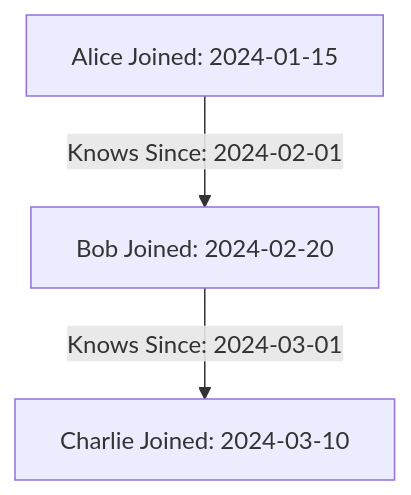
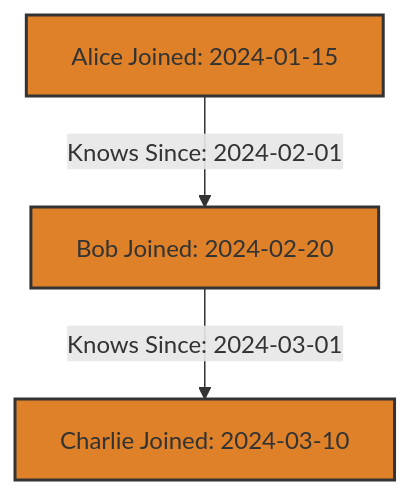
The diagram in docs/docs/jac_book/chapter_2.md (jaseci-labs/jaseci), drawn with Mermaid before and after one commit. The commit also changed other lines of this file and 2 other files, not shown here.

````diff
--- a/docs/docs/jac_book/chapter_2.md
+++ b/docs/docs/jac_book/chapter_2.md
@@ -238,5 +201,9 @@
     ```mermaid
     graph TD
+    style Person1 fill:#de8129,stroke:#333,stroke-width:2px
+    style Person2 fill:#de8129,stroke:#333,stroke-width:2px
+    style Person3 fill:#de8129,stroke:#333,stroke-width:2px
+
     Person1["Alice Joined: 2024-01-15"] -->|Knows Since: 2024-02-01| Person2["Bob Joined: 2024-02-20"]
     Person2 -->|Knows Since: 2024-03-01| Person3["Charlie Joined: 2024-03-10"]
     ```
````
